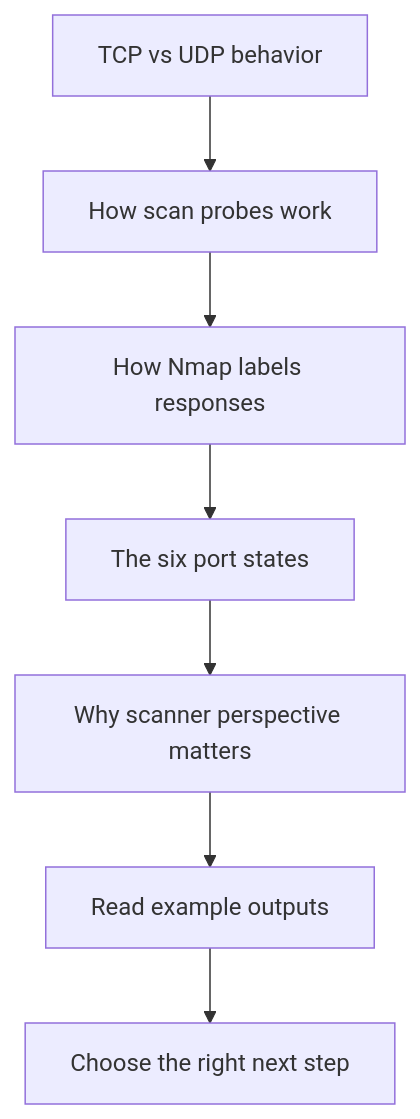
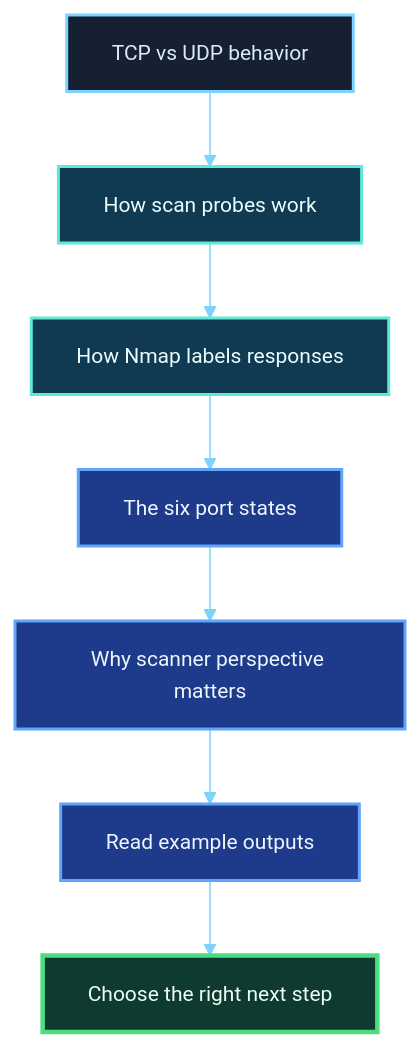
The first of 3 diagrams in modules/02-enumeration-using-nmap/lessons/module-02-lesson-2-3-tcp-udp-and-port-state-interpretation.md (route2shell/hack-the-basics), drawn with Mermaid before and after one commit. The commit also changed other lines of this file and 9 other files, not shown here.

````diff
--- a/modules/02-enumeration-using-nmap/lessons/module-02-lesson-2-3-tcp-udp-and-port-state-interpretation.md
+++ b/modules/02-enumeration-using-nmap/lessons/module-02-lesson-2-3-tcp-udp-and-port-state-interpretation.md
@@ -70,9 +70,21 @@
 ```mermaid
+%%{init: {"theme":"base","flowchart":{"curve":"basis","htmlLabels":true},"themeVariables":{"fontSize":"14px","primaryTextColor":"#e5eef8","lineColor":"#7dd3fc","primaryColor":"#0f172a","clusterBkg":"#0b1220","clusterBorder":"#334155"}}}%%
 flowchart TD
-    A[TCP vs UDP behavior] --> B[How scan probes work]
-    B --> C[How Nmap labels responses]
-    C --> D[The six port states]
-    D --> E[Why scanner perspective matters]
-    E --> F[Read example outputs]
-    F --> G[Choose the right next step]
+    A["TCP vs UDP behavior"] --> B["How scan probes work"]
+    B --> C["How Nmap labels responses"]
+    C --> D["The six port states"]
+    D --> E["Why scanner perspective matters"]
+    E --> F["Read example outputs"]
+    F --> G["Choose the right next step"]
+
+    classDef protocol fill:#162033,stroke:#7dd3fc,color:#dbeafe,stroke-width:2px;
+    classDef process fill:#0f3a52,stroke:#5eead4,color:#ecfeff,stroke-width:2px;
+    classDef states fill:#1e3a8a,stroke:#60a5fa,color:#eff6ff,stroke-width:2px;
+    classDef decision fill:#3b2f0b,stroke:#fbbf24,color:#fffbeb,stroke-width:2px;
+    classDef outcome fill:#0f3a2f,stroke:#4ade80,color:#ecfdf5,stroke-width:3px;
+
+    class A protocol;
+    class B,C process;
+    class D,E,F states;
+    class G outcome;
 ```
````
